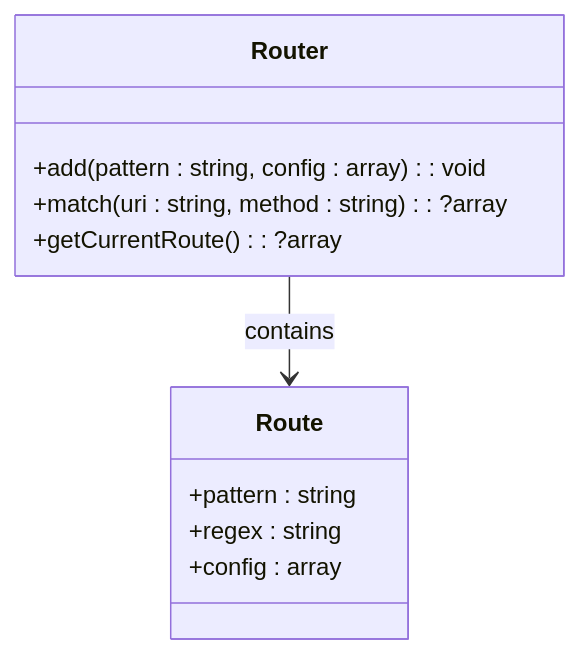
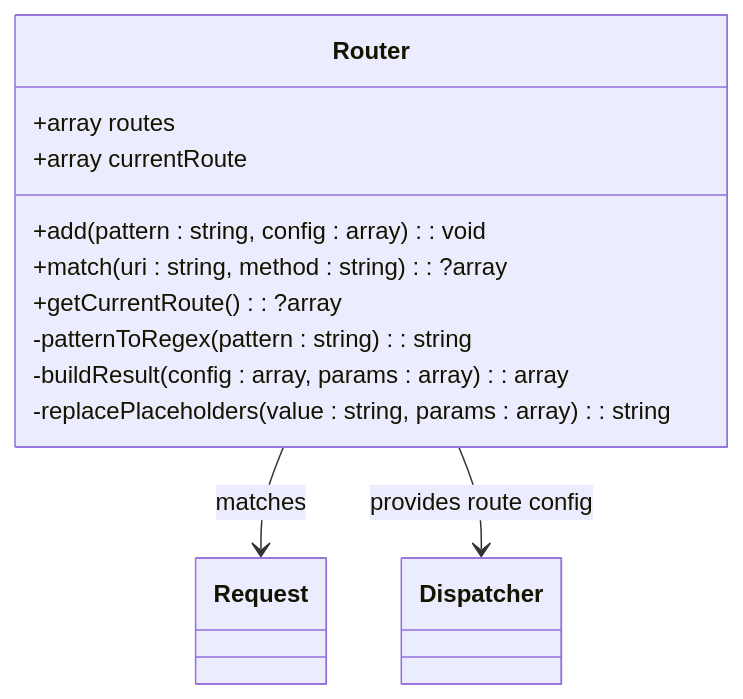
Before and after one commit to andrfilipenk/new: the second of 7 diagrams in .qoder/repowiki/en/content/Routing.md, drawn with Mermaid. The commit also changed other lines of this file and 41 other files, not shown here.

````diff
--- a/.qoder/repowiki/en/content/Routing.md
+++ b/.qoder/repowiki/en/content/Routing.md
@@ -51,14 +56,15 @@
 ```mermaid
 classDiagram
 class Router {
++array routes
++array currentRoute
 +add(pattern : string, config : array) : void
 +match(uri : string, method : string) : ?array
 +getCurrentRoute() : ?array
+-patternToRegex(pattern : string) : string
+-buildResult(config : array, params : array) : array
+-replacePlaceholders(value : string, params : array) : string
 }
-Router --> Route : contains
-class Route {
-+pattern : string
-+regex : string
-+config : array
-}
+Router --> Request : matches
+Router --> Dispatcher : provides route config
 ```
````
